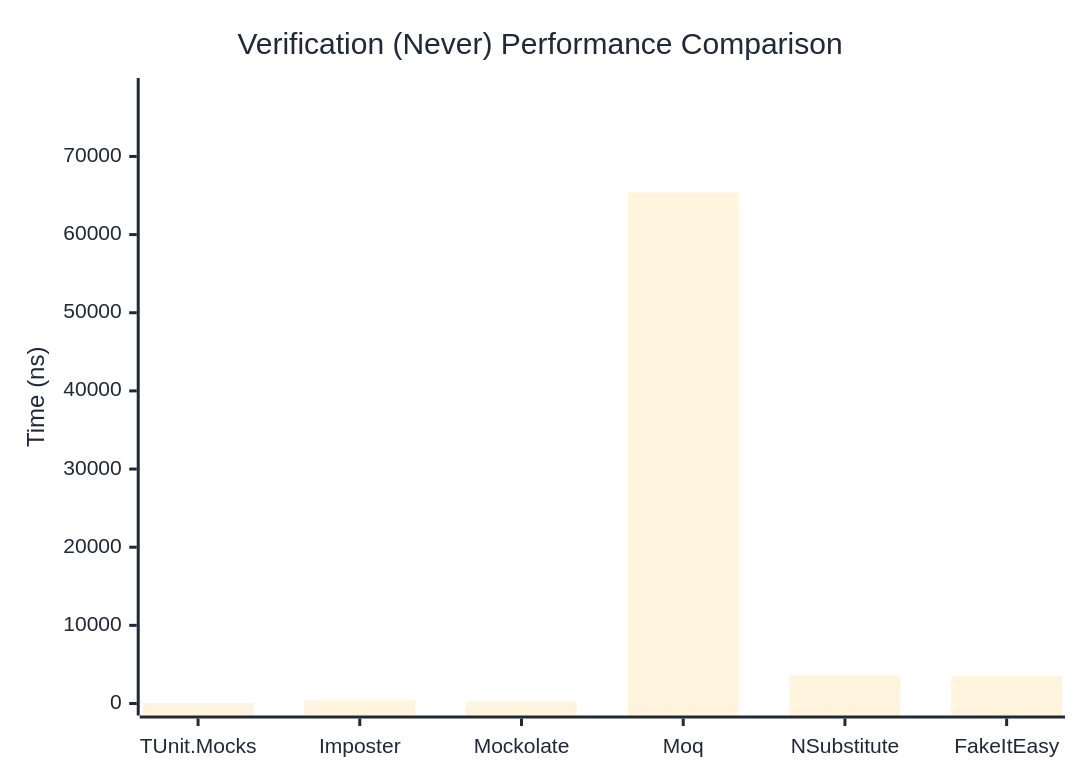
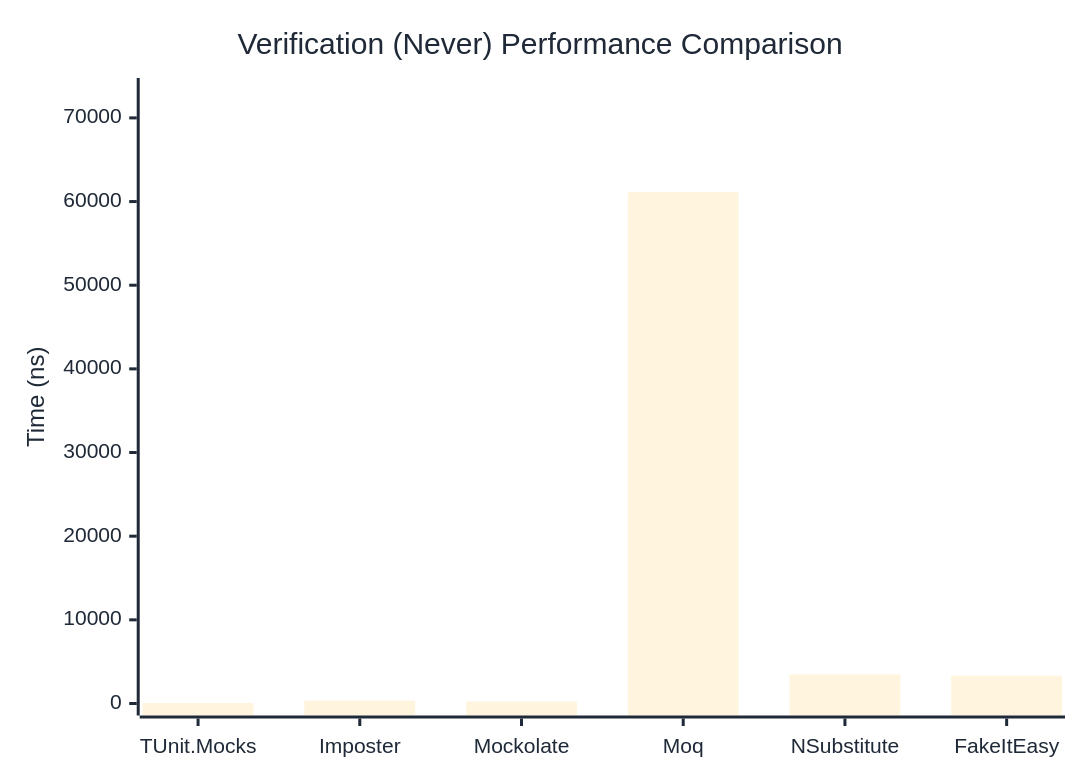
The second of 3 diagrams in docs/docs/benchmarks/mocks/Verification.md (thomhurst/TUnit), drawn with Mermaid before and after one commit. The commit also changed other lines of this file and 14 other files, not shown here.

````diff
--- a/docs/docs/benchmarks/mocks/Verification.md
+++ b/docs/docs/benchmarks/mocks/Verification.md
@@ -69,27 +69,27 @@
 ```mermaid
 %%{init: {
   'theme':'base',
   'themeVariables': {
     'primaryColor': '#2563eb',
     'primaryTextColor': '#1f2937',
     'primaryBorderColor': '#1e40af',
     'lineColor': '#6b7280',
     'secondaryColor': '#7c3aed',
     'tertiaryColor': '#dc2626',
     'background': '#ffffff',
     'pie1': '#2563eb',
     'pie2': '#7c3aed',
     'pie3': '#dc2626',
     'pie4': '#f59e0b',
     'pie5': '#10b981',
     'pie6': '#06b6d4',
     'pie7': '#ec4899',
     'pie8': '#6366f1'
   }
 }}%%
 xychart-beta
   title "Verification (Never) Performance Comparison"
   x-axis ["TUnit.Mocks", "Imposter", "Mockolate", "Moq", "NSubstitute", "FakeItEasy"]
-  y-axis "Time (ns)" 0 --> 78500
-  bar [57.1, 392.33, 249.78, 65416.34, 3591.72, 3555.21]
+  y-axis "Time (ns)" 0 --> 73335
+  bar [53.98, 349.1, 237.34, 61111.81, 3468.99, 3324.76]
 ```
````
